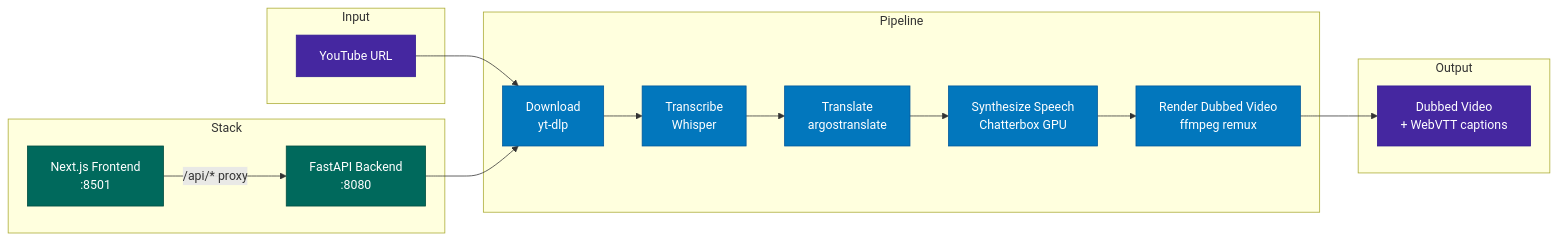
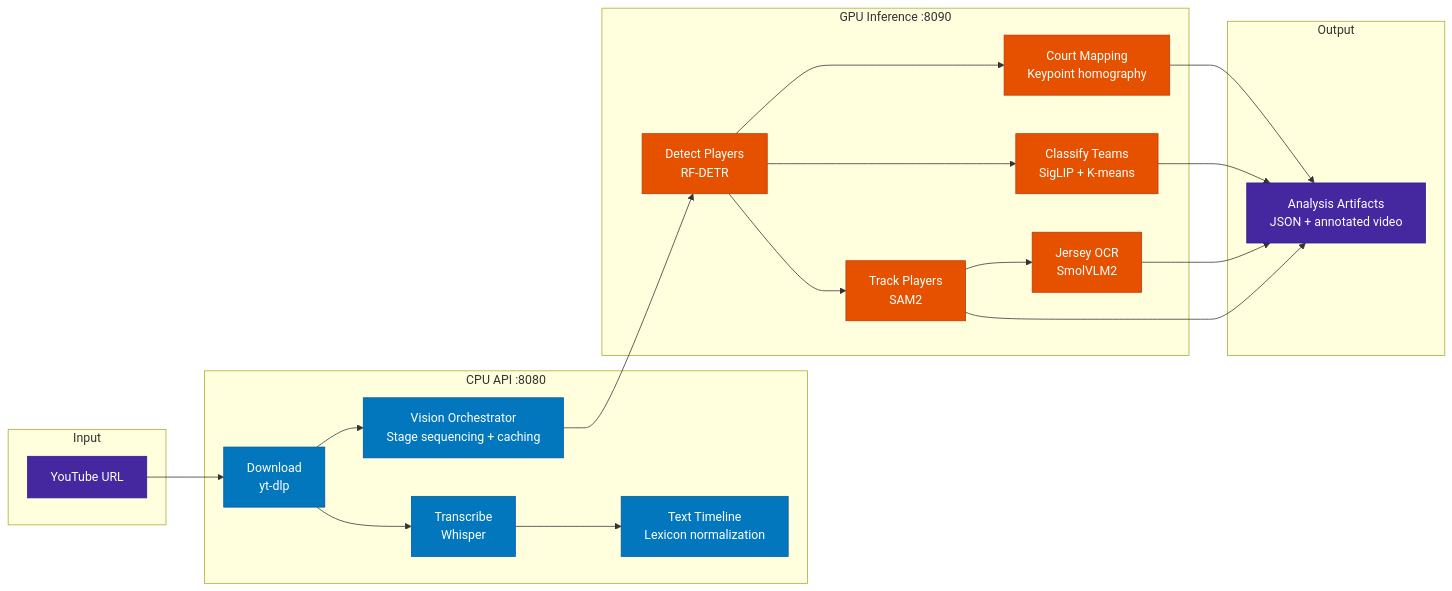
The diagram in README.md (aegean-ai/basket-tube), drawn with Mermaid before and after one commit. The commit also changed other lines of this file, not shown here.

Commit message:
docs: rewrite README for BasketTube with architecture and orchestration model

````diff
--- a/README.md
+++ b/README.md
@@ -9,37 +11,40 @@
 ```mermaid
 flowchart LR
     subgraph Input
         YT[YouTube URL]
     end
 
-    subgraph Pipeline
+    subgraph "CPU API :8080"
         DL[Download<br/>yt-dlp]
-        TR[Transcribe<br/>Whisper]
-        TL[Translate<br/>argostranslate]
-        TTS[Synthesize Speech<br/>Chatterbox GPU]
-        ST[Render Dubbed Video<br/>ffmpeg remux]
+        STT[Transcribe<br/>Whisper]
+        TL[Text Timeline<br/>Lexicon normalization]
+        ORCH[Vision Orchestrator<br/>Stage sequencing + caching]
+    end
+
+    subgraph "GPU Inference :8090"
+        DET[Detect Players<br/>RF-DETR]
+        TRK[Track Players<br/>SAM2]
+        TEAM[Classify Teams<br/>SigLIP + K-means]
+        OCR[Jersey OCR<br/>SmolVLM2]
+        COURT[Court Mapping<br/>Keypoint homography]
     end
 
     subgraph Output
-        VID[Dubbed Video<br/>+ WebVTT captions]
+        ART[Analysis Artifacts<br/>JSON + annotated video]
     end
 
-    subgraph Stack
-        FE[Next.js Frontend<br/>:8501]
-        API[FastAPI Backend<br/>:8080]
-    end
+    YT --> DL --> STT --> TL
+    DL --> ORCH
+    ORCH --> DET --> TRK --> ART
+    DET --> TEAM --> ART
+    DET --> COURT --> ART
+    TRK --> OCR --> ART
 
-    YT --> DL --> TR --> TL --> TTS --> ST --> VID
-
-    FE -- /api/* proxy --> API
-    API --> DL
-
-    classDef default fill:#37474f,color:#fff,stroke:#546e7a
-    classDef pipeline fill:#0277bd,color:#fff,stroke:#01579b
-    classDef stack fill:#00695c,color:#fff,stroke:#004d40
+    classDef cpu fill:#0277bd,color:#fff,stroke:#01579b
+    classDef gpu fill:#e65100,color:#fff,stroke:#bf360c
     classDef io fill:#4527a0,color:#fff,stroke:#311b92
 
-    class YT,VID io
-    class DL,TR,TL,TTS,ST pipeline
-    class FE,API stack
+    class YT,ART io
+    class DL,STT,TL,ORCH cpu
+    class DET,TRK,TEAM,OCR,COURT gpu
 ```
````
